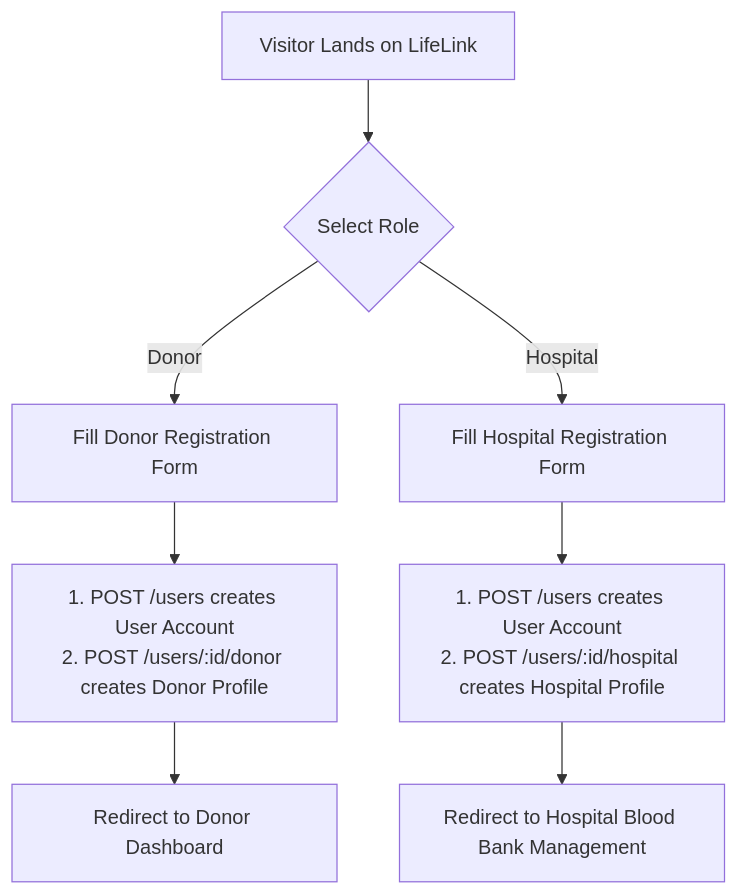
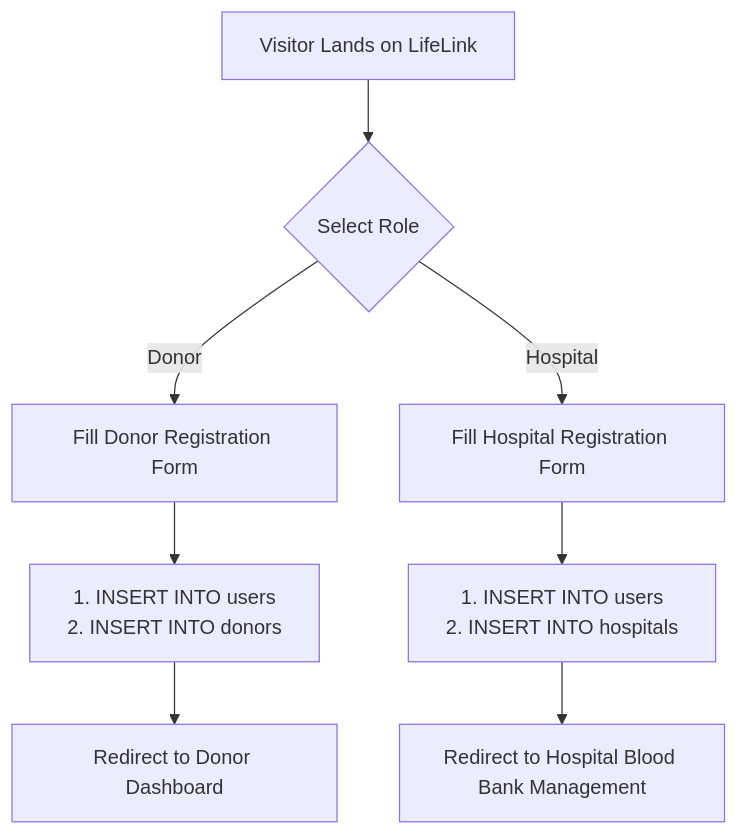
Before and after one commit to AuraMasters/LifeLink-Blood-Donation-and-Emergency-Blood-Matching-System: the seventh of 8 diagrams in README.md, drawn with Mermaid. The commit also changed other lines of this file, not shown here.

````diff
--- a/README.md
+++ b/README.md
@@ -815,12 +844,12 @@
 ```mermaid
 graph TD
     A["Visitor Lands on LifeLink"] --> B{"Select Role"}
     B -->|Donor| C["Fill Donor Registration Form"]
     B -->|Hospital| D["Fill Hospital Registration Form"]
     
-    C --> E["1. POST /users creates User Account<br/>2. POST /users/:id/donor creates Donor Profile"]
-    D --> F["1. POST /users creates User Account<br/>2. POST /users/:id/hospital creates Hospital Profile"]
+    C --> E["1. INSERT INTO users<br/>2. INSERT INTO donors"]
+    D --> F["1. INSERT INTO users<br/>2. INSERT INTO hospitals"]
     
     E --> G["Redirect to Donor Dashboard"]
     F --> H["Redirect to Hospital Blood Bank Management"]
 ```
````
